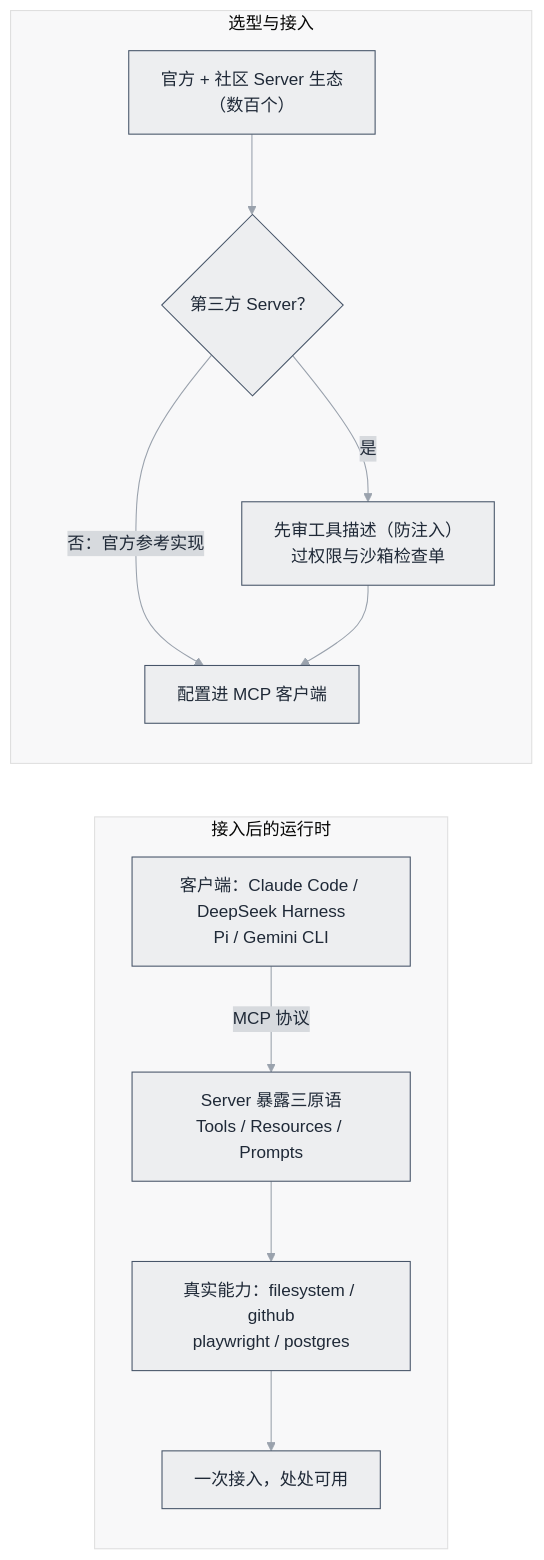
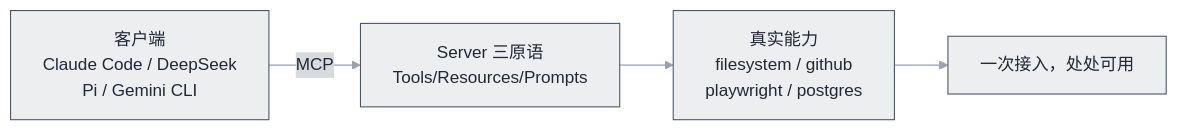
The second of 2 diagrams in docs/13-resources/tools/mcp-servers.md (funny8kids/ai-agent-handbook), drawn with Mermaid before and after one commit. The commit also changed other lines of this file and 39 other files, not shown here.

First line of the commit message:
Round 15: re-measure all diagrams on GitBook's real mermaid version (11.14.0)

````diff
--- a/docs/13-resources/tools/mcp-servers.md
+++ b/docs/13-resources/tools/mcp-servers.md
@@ -38,15 +49,7 @@
 ```mermaid
 %%{init: {"theme":"base","themeVariables":{"primaryColor":"#EDEEF0","primaryBorderColor":"#475569","primaryTextColor":"#1F2937","secondaryColor":"#D7DADE","tertiaryColor":"#F8F8F9","lineColor":"#9AA2AD","actorBkg":"#F0F1F3","actorBorder":"#475569","actorTextColor":"#1F2937","signalColor":"#7E8896","noteBkgColor":"#DEE0E4","noteBorderColor":"#475569","noteTextColor":"#1F2937","labelBoxBkgColor":"#EDEEF0","labelBoxBorderColor":"#475569"}}}%%
 flowchart LR
-  subgraph RUN["接入后的运行时"]
-    C["客户端：Claude Code / DeepSeek Harness<br/>Pi / Gemini CLI"] -->|"MCP 协议"| Srv["Server 暴露三原语<br/>Tools / Resources / Prompts"]
-    Srv --> B["真实能力：filesystem / github<br/>playwright / postgres"]
-    B --> R["一次接入，处处可用"]
-  end
-  subgraph PICK["选型与接入"]
-    MKT["官方 + 社区 Server 生态<br/>（数百个）"] --> G{"第三方 Server？"}
-    G -->|"是"| V["先审工具描述（防注入）<br/>过权限与沙箱检查单"]
-    G -->|"否：官方参考实现"| CFG["配置进 MCP 客户端"]
-    V --> CFG
-  end
+  C["客户端<br/>Claude Code / DeepSeek<br/>Pi / Gemini CLI"] -->|"MCP"| Srv["Server 三原语<br/>Tools/Resources/Prompts"]
+  Srv --> B["真实能力<br/>filesystem / github<br/>playwright / postgres"]
+  B --> R["一次接入，处处可用"]
 ```
````
